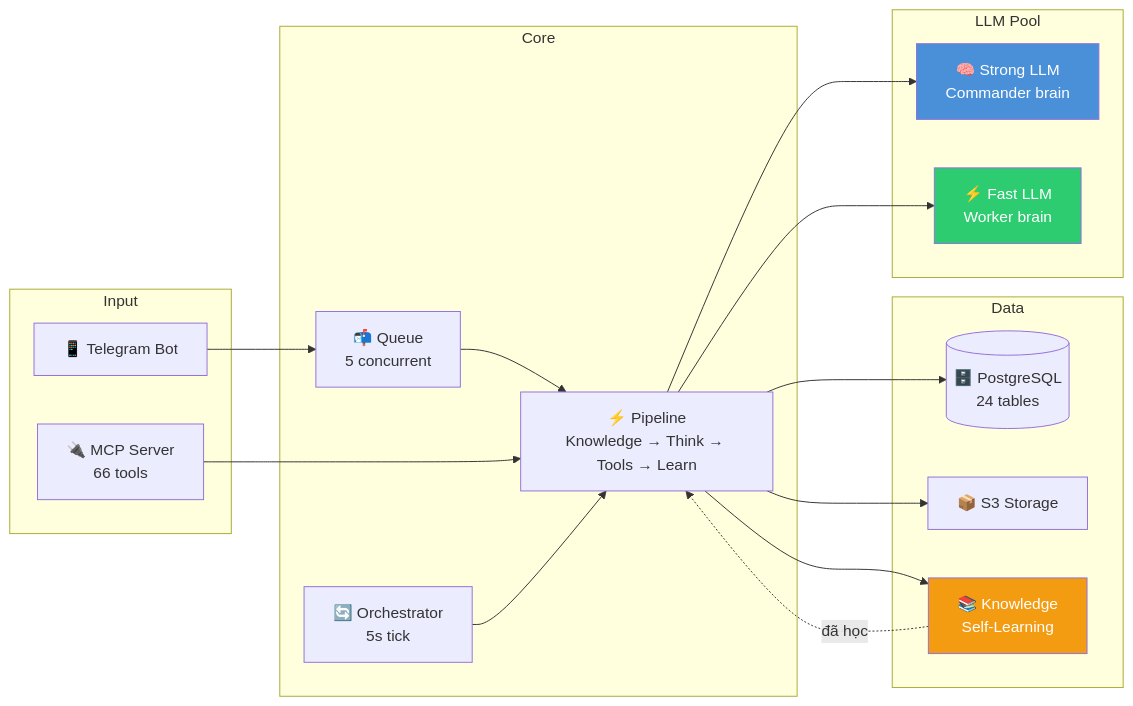
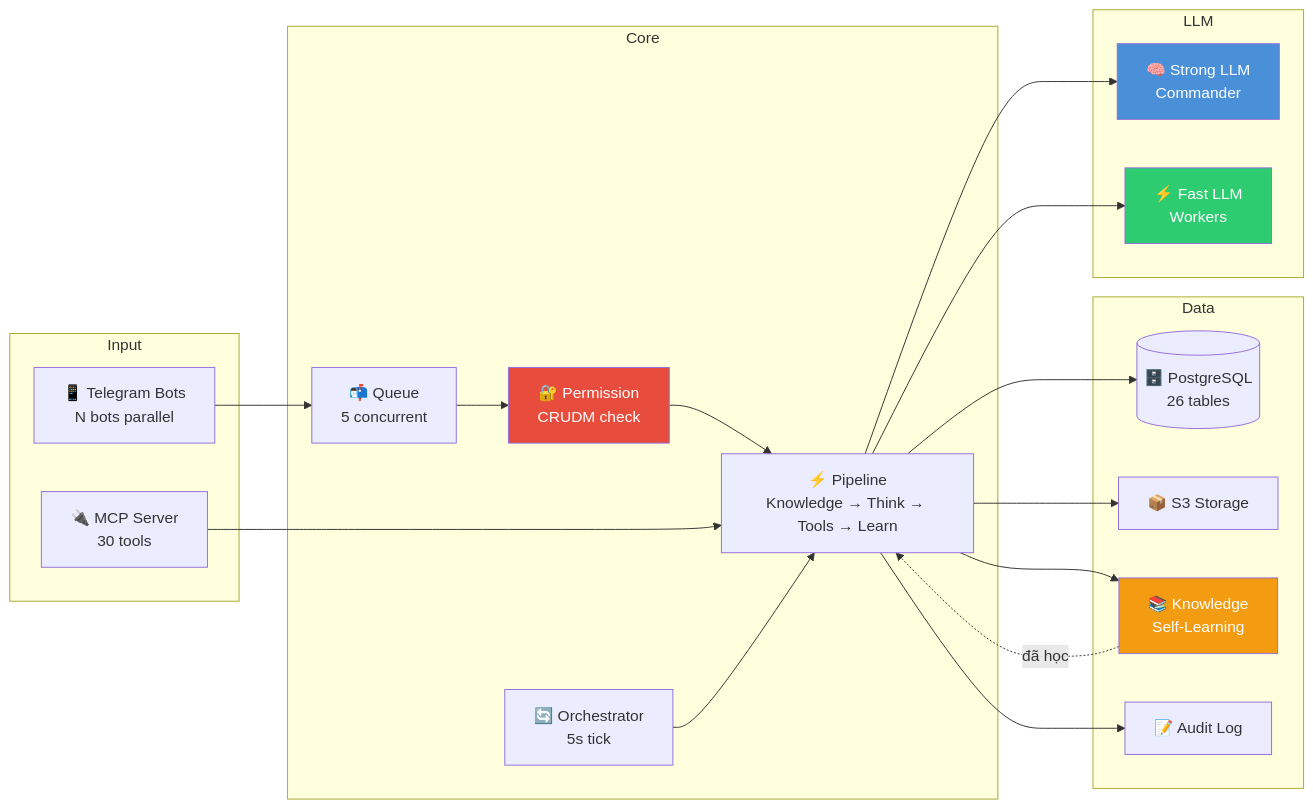
One commit to TungND2k2/OpenClow changed the third of 3 diagrams in README.md. Above: the diagram before and after it, drawn with Mermaid. The commit also changed other lines of this file, not shown here.

Commit message:
docs: rewrite README — detailed flow + multi-bot + persona diagrams

````diff
--- a/README.md
+++ b/README.md
@@ -119,35 +191,38 @@
 ```mermaid
 graph LR
     subgraph Input
-        TG[📱 Telegram Bot]
-        MCP[🔌 MCP Server<br/>66 tools]
+        TG[📱 Telegram Bots<br/>N bots parallel]
+        MCP[🔌 MCP Server<br/>30 tools]
     end
 
     subgraph Core
         Q[📬 Queue<br/>5 concurrent]
+        PERM[🔐 Permission<br/>CRUDM check]
         P[⚡ Pipeline<br/>Knowledge → Think → Tools → Learn]
         O[🔄 Orchestrator<br/>5s tick]
     end
 
     subgraph Data
-        DB[(🗄️ PostgreSQL<br/>24 tables)]
+        DB[(🗄️ PostgreSQL<br/>26 tables)]
         S3[📦 S3 Storage]
         KB[📚 Knowledge<br/>Self-Learning]
+        AL[📝 Audit Log]
     end
 
-    subgraph LLM Pool
-        L1[🧠 Strong LLM<br/>Commander brain]
-        L2[⚡ Fast LLM<br/>Worker brain]
+    subgraph LLM
+        L1[🧠 Strong LLM<br/>Commander]
+        L2[⚡ Fast LLM<br/>Workers]
     end
 
-    TG --> Q --> P
+    TG --> Q --> PERM --> P
     MCP --> P
-    P --> DB & S3 & KB
+    P --> DB & S3 & KB & AL
     P --> L1 & L2
     O --> P
     KB -.->|đã học| P
 
     style L1 fill:#4A90D9,color:#fff
     style L2 fill:#2ECC71,color:#fff
     style KB fill:#F39C12,color:#fff
+    style PERM fill:#E74C3C,color:#fff
 ```
````
